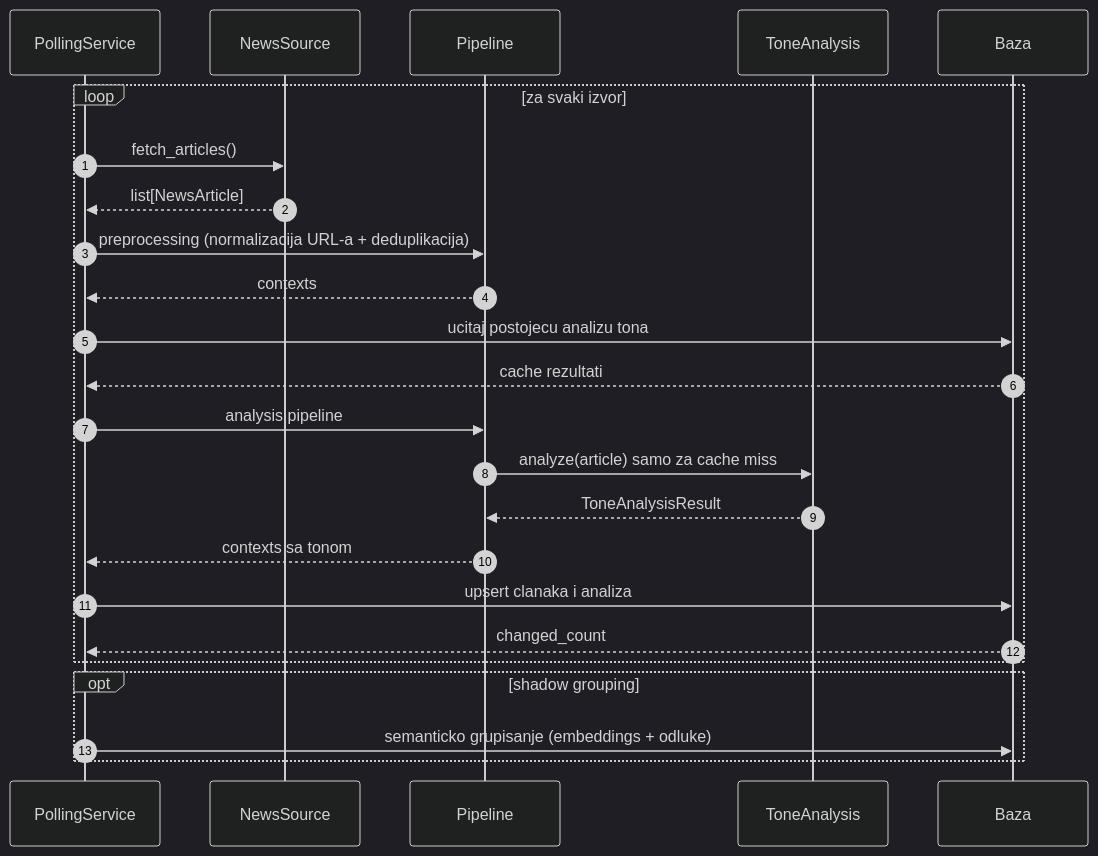
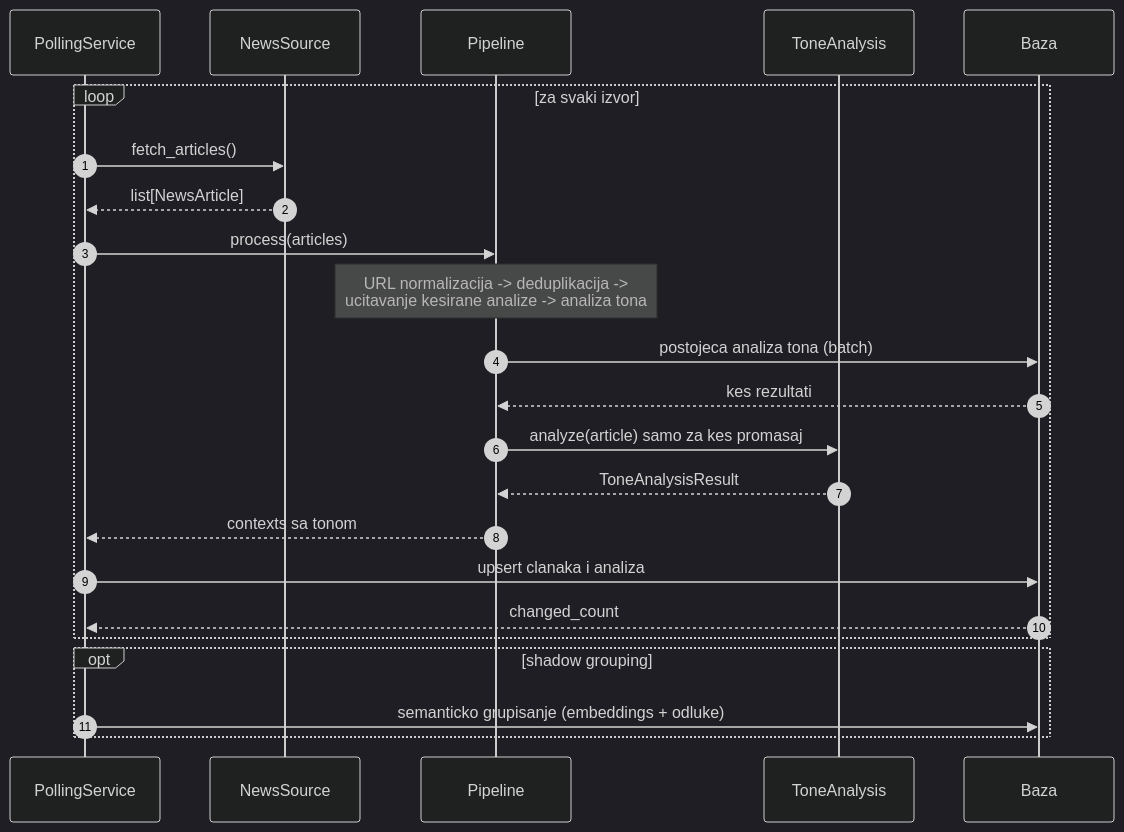
The diagram in diagrams/pipeline_sequence.md (igorVicentijevic/Diplomski_Backend), drawn with Mermaid (dark theme) before and after one commit. The commit also changed 6 other files, not shown here.

Commit message:
Added diagrams

````diff
--- a/diagrams/pipeline_sequence.md
+++ b/diagrams/pipeline_sequence.md
@@ -5,32 +5,29 @@
 ```mermaid
 sequenceDiagram
     autonumber
     participant Poll as PollingService
     participant Src as NewsSource
     participant Pipe as Pipeline
     participant LLM as ToneAnalysis
     participant DB as Baza
 
     loop za svaki izvor
         Poll->>Src: fetch_articles()
         Src-->>Poll: list[NewsArticle]
 
-        Poll->>Pipe: preprocessing (normalizacija URL-a + deduplikacija)
-        Pipe-->>Poll: contexts
-
-        Poll->>DB: ucitaj postojecu analizu tona
-        DB-->>Poll: cache rezultati
-
-        Poll->>Pipe: analysis pipeline
-        Pipe->>LLM: analyze(article) samo za cache miss
+        Poll->>Pipe: process(articles)
+        Note over Pipe: URL normalizacija -> deduplikacija -><br/>ucitavanje kesirane analize -> analiza tona
+        Pipe->>DB: postojeca analiza tona (batch)
+        DB-->>Pipe: kes rezultati
+        Pipe->>LLM: analyze(article) samo za kes promasaj
         LLM-->>Pipe: ToneAnalysisResult
         Pipe-->>Poll: contexts sa tonom
 
         Poll->>DB: upsert clanaka i analiza
         DB-->>Poll: changed_count
     end
 
     opt shadow grouping
         Poll->>DB: semanticko grupisanje (embeddings + odluke)
     end
 ```
````
